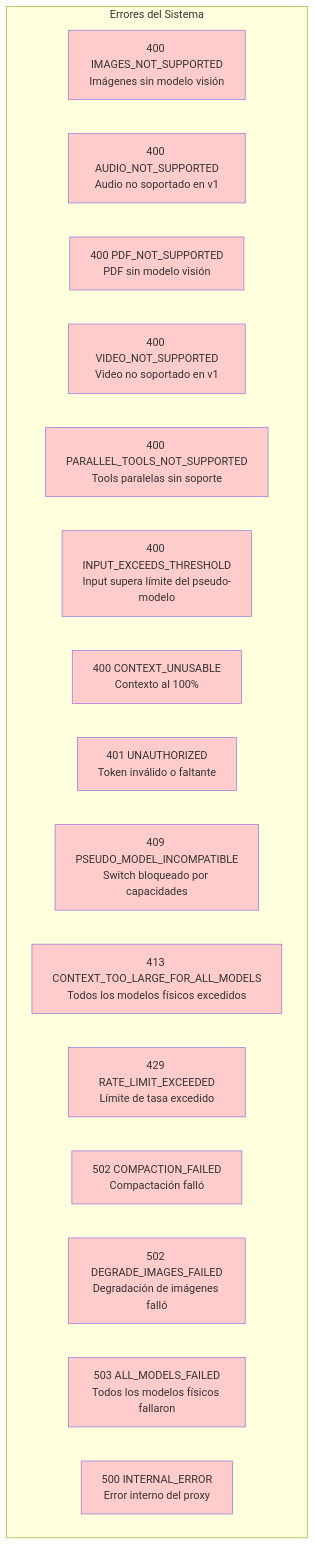
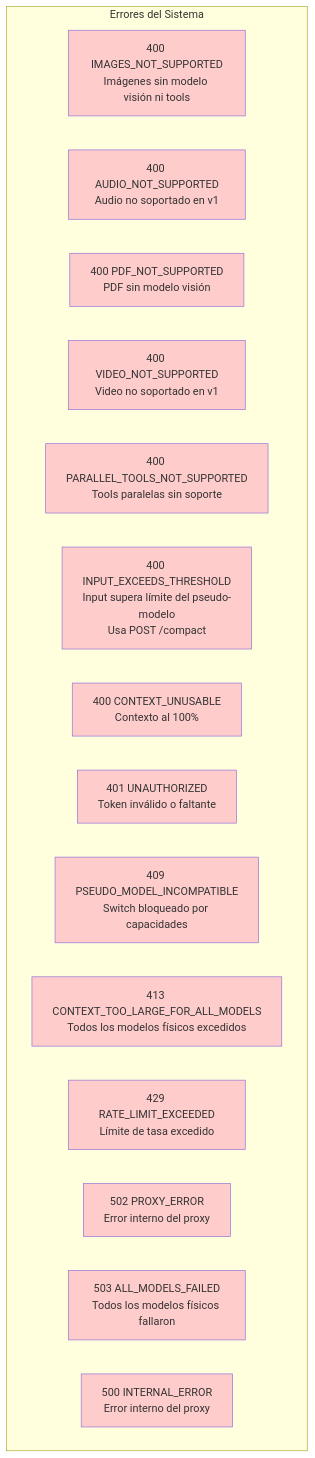
Before and after one commit to CesarGuzmanLopez/proxy-cesar: diagram 12 of 12 in diagramas.md, drawn with Mermaid. The commit also changed other lines of this file and 40 other files, not shown here.

````diff
--- a/diagramas.md
+++ b/diagramas.md
@@ -720,36 +625,34 @@
 ```mermaid
 graph TD
     subgraph Errores["Errores del Sistema"]
-        E1["400 IMAGES_NOT_SUPPORTED<br/>Imágenes sin modelo visión"]
+        E1["400 IMAGES_NOT_SUPPORTED<br/>Imágenes sin modelo visión ni tools"]
         E2["400 AUDIO_NOT_SUPPORTED<br/>Audio no soportado en v1"]
         E3["400 PDF_NOT_SUPPORTED<br/>PDF sin modelo visión"]
         E4["400 VIDEO_NOT_SUPPORTED<br/>Video no soportado en v1"]
         E5["400 PARALLEL_TOOLS_NOT_SUPPORTED<br/>Tools paralelas sin soporte"]
-        E6["400 INPUT_EXCEEDS_THRESHOLD<br/>Input supera límite del pseudo-modelo"]
+        E6["400 INPUT_EXCEEDS_THRESHOLD<br/>Input supera límite del pseudo-modelo<br/>Usa POST /compact"]
         E7["400 CONTEXT_UNUSABLE<br/>Contexto al 100%"]
         E8["401 UNAUTHORIZED<br/>Token inválido o faltante"]
         E9["409 PSEUDO_MODEL_INCOMPATIBLE<br/>Switch bloqueado por capacidades"]
         E10["413 CONTEXT_TOO_LARGE_FOR_ALL_MODELS<br/>Todos los modelos físicos excedidos"]
         E11["429 RATE_LIMIT_EXCEEDED<br/>Límite de tasa excedido"]
-        E12["502 COMPACTION_FAILED<br/>Compactación falló"]
-        E13["502 DEGRADE_IMAGES_FAILED<br/>Degradación de imágenes falló"]
-        E14["503 ALL_MODELS_FAILED<br/>Todos los modelos físicos fallaron"]
-        E15["500 INTERNAL_ERROR<br/>Error interno del proxy"]
+        E12["502 PROXY_ERROR<br/>Error interno del proxy"]
+        E13["503 ALL_MODELS_FAILED<br/>Todos los modelos físicos fallaron"]
+        E14["500 INTERNAL_ERROR<br/>Error interno del proxy"]
     end
     
     style E1 fill:#ffcccc
     style E2 fill:#ffcccc
     style E3 fill:#ffcccc
     style E4 fill:#ffcccc
     style E5 fill:#ffcccc
     style E6 fill:#ffcccc
     style E7 fill:#ffcccc
     style E8 fill:#ffcccc
     style E9 fill:#ffcccc
     style E10 fill:#ffcccc
     style E11 fill:#ffcccc
     style E12 fill:#ffcccc
     style E13 fill:#ffcccc
     style E14 fill:#ffcccc
-    style E15 fill:#ffcccc
 ```
````
